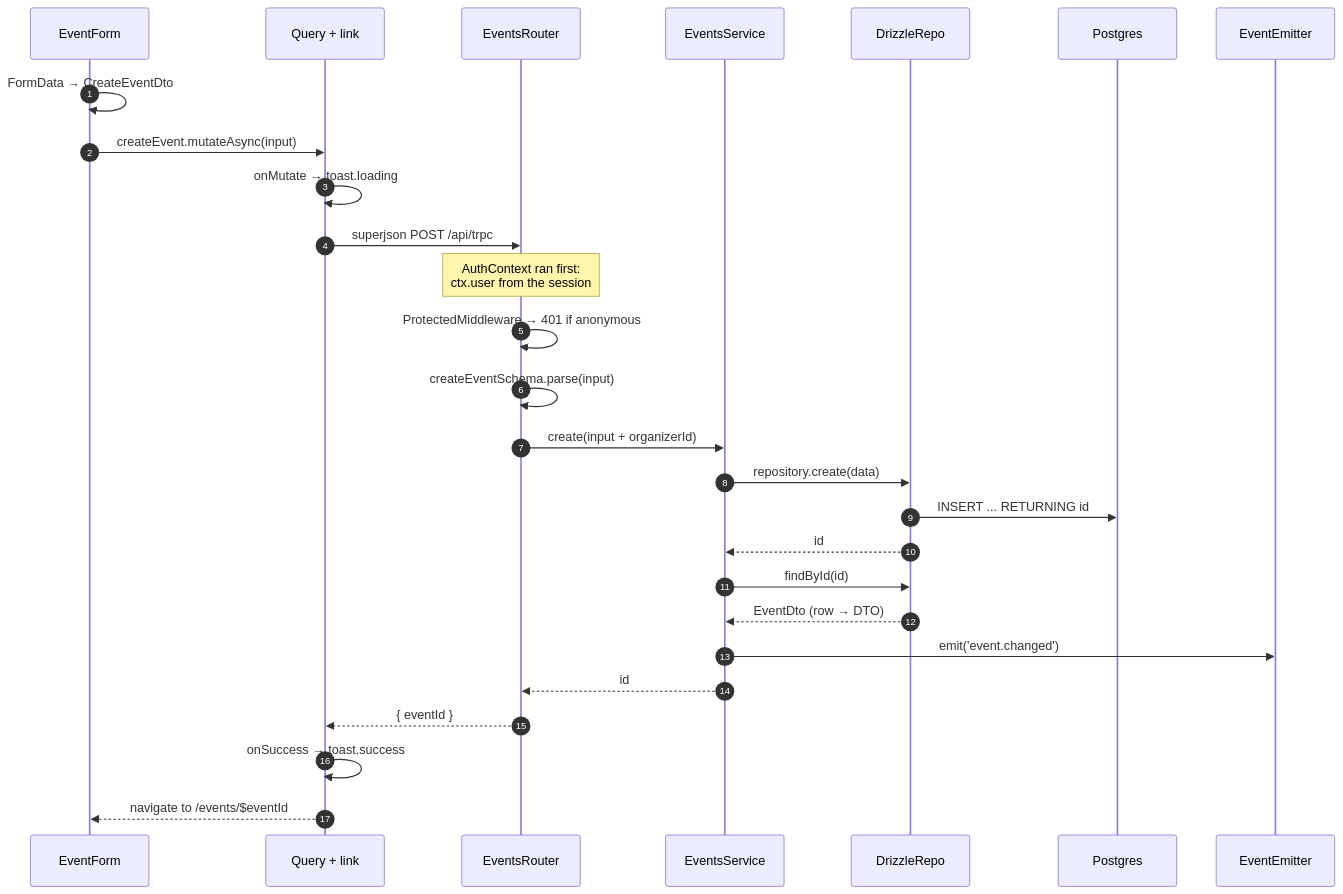
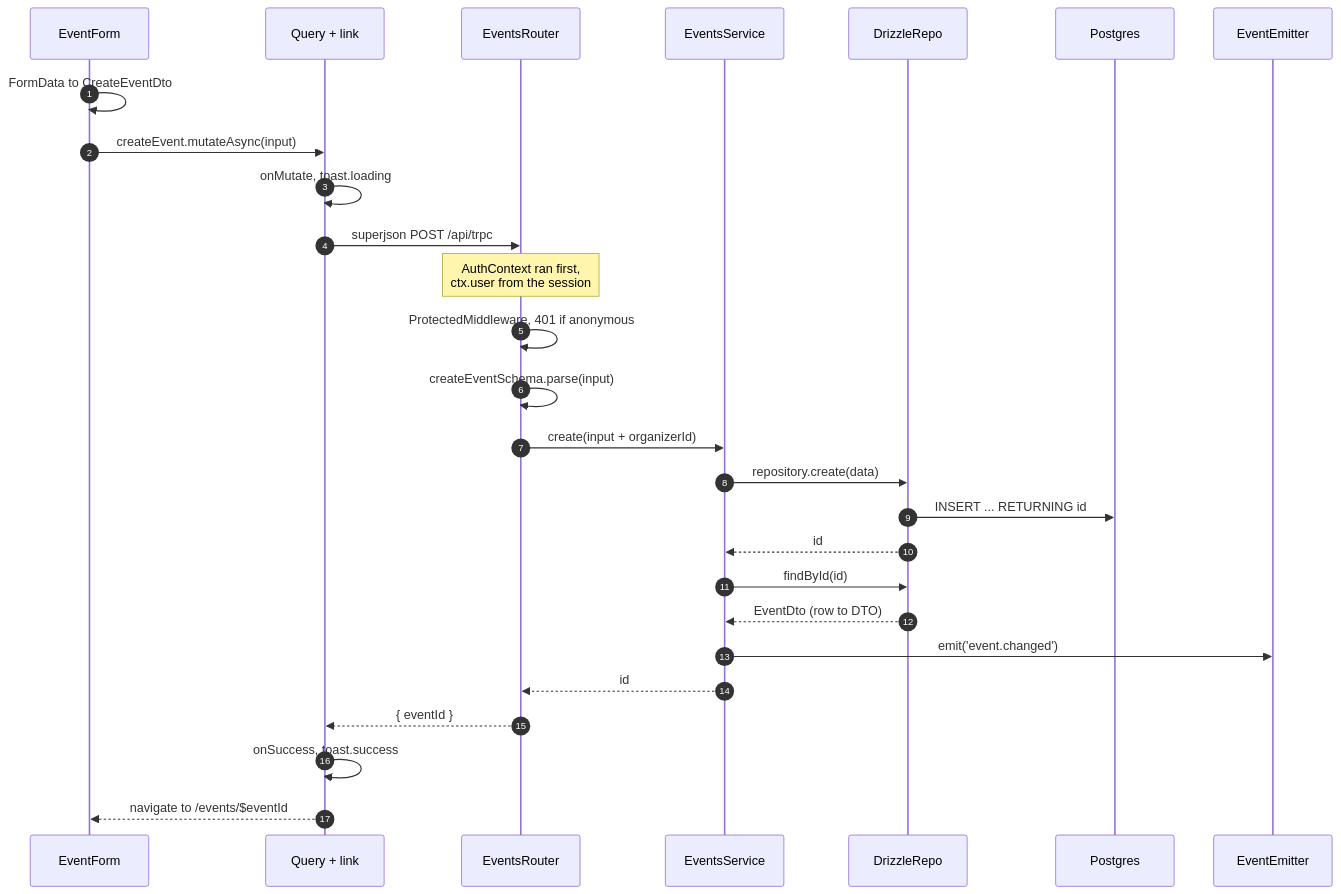
The second of 6 diagrams in docs/ARCHITECTURE_TOUR.md (DidiWalakutty/Transcendence), drawn with Mermaid before and after one commit. The commit also changed other lines of this file and 1 other file, not shown here.

````diff
--- a/docs/ARCHITECTURE_TOUR.md
+++ b/docs/ARCHITECTURE_TOUR.md
@@ -229,30 +228,30 @@
 ```mermaid
 sequenceDiagram
     autonumber
     participant F as EventForm
     participant Q as Query + link
     participant R as EventsRouter
     participant S as EventsService
     participant D as DrizzleRepo
     participant PG as Postgres
     participant B as EventEmitter
 
-    F->>F: FormData → CreateEventDto
+    F->>F: FormData to CreateEventDto
     F->>Q: createEvent.mutateAsync(input)
-    Q->>Q: onMutate → toast.loading
+    Q->>Q: onMutate, toast.loading
     Q->>R: superjson POST /api/trpc
-    Note over R: AuthContext ran first:<br/>ctx.user from the session
-    R->>R: ProtectedMiddleware → 401 if anonymous
+    Note over R: AuthContext ran first,<br/>ctx.user from the session
+    R->>R: ProtectedMiddleware, 401 if anonymous
     R->>R: createEventSchema.parse(input)
     R->>S: create(input + organizerId)
     S->>D: repository.create(data)
     D->>PG: INSERT ... RETURNING id
     D-->>S: id
     S->>D: findById(id)
-    D-->>S: EventDto (row → DTO)
+    D-->>S: EventDto (row to DTO)
     S->>B: emit('event.changed')
     S-->>R: id
     R-->>Q: { eventId }
-    Q->>Q: onSuccess → toast.success
+    Q->>Q: onSuccess, toast.success
     Q-->>F: navigate to /events/$eventId
 ```
````
